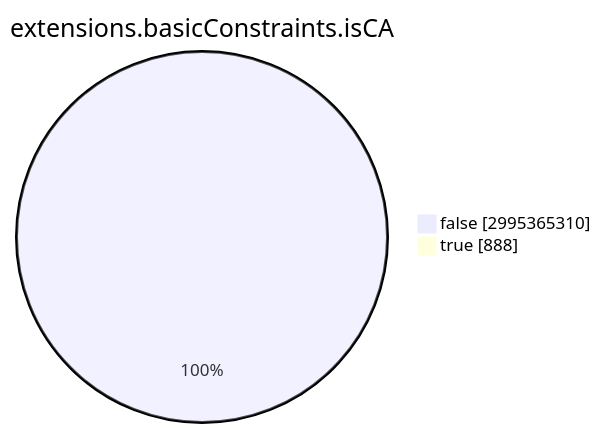
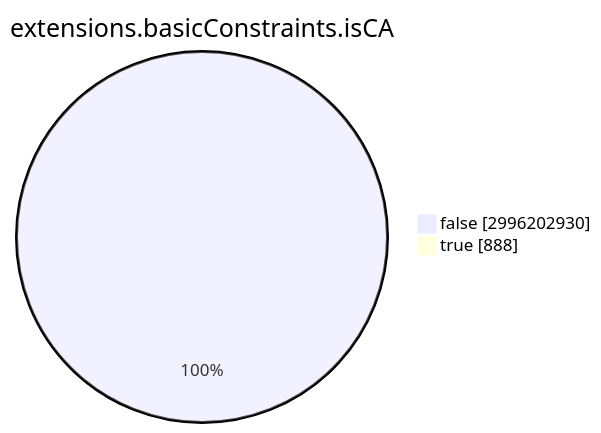
One commit to christiankrug/ctmonitor_visualization changed the seventh of 15 diagrams in TOTAL/README.md. Above: the diagram before and after it, drawn with Mermaid. The commit also changed other lines of this file, not shown here.

````diff
--- a/TOTAL/README.md
+++ b/TOTAL/README.md
@@ -3073,6 +3076,6 @@
 ```mermaid
 pie showData
 title extensions.basicConstraints.isCA
-"false" :2995365310
+"false" :2996202930
 "true" :888
 ```
````
